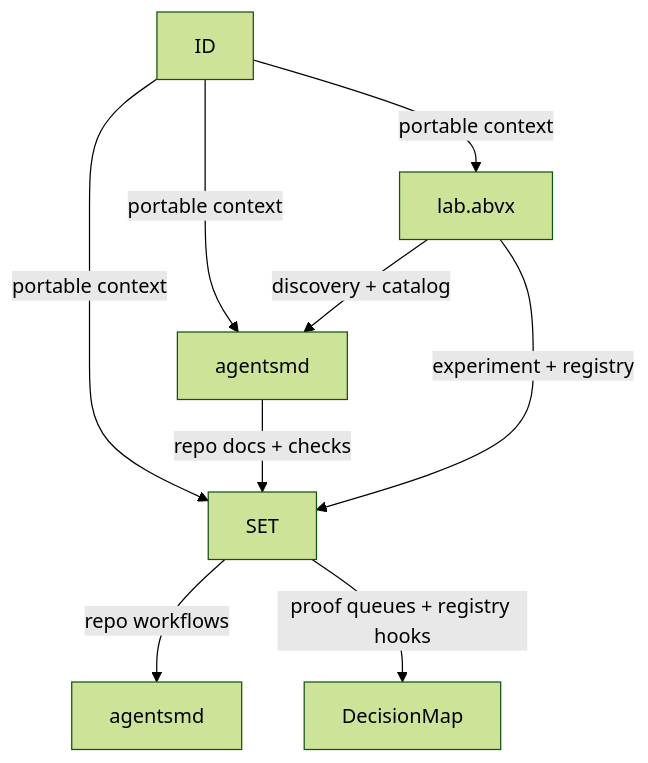
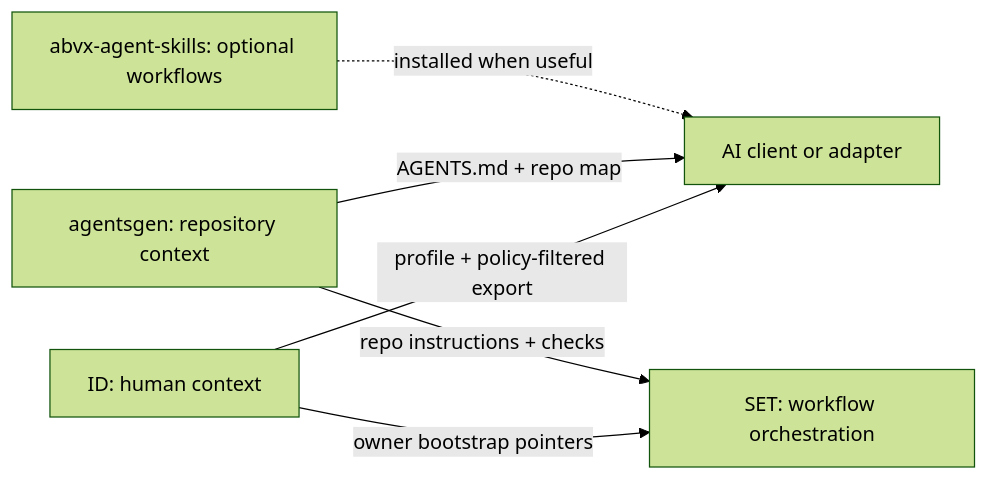
The diagram in docs/ECOSYSTEM.md (markoblogo/ID), drawn with Mermaid (forest theme) before and after one commit. The commit also changed other lines of this file and 42 other files, not shown here.

````diff
--- a/docs/ECOSYSTEM.md
+++ b/docs/ECOSYSTEM.md
@@ -3,17 +3,14 @@
 ```mermaid
-flowchart TD
-    ID[ID]
-    SET[SET]
-    agentsgen[agentsmd]
-    lab[lab.abvx]
-    decisionMap[DecisionMap]
+flowchart LR
+    ID[ID: human context]
+    agentsgen[agentsgen: repository context]
+    SET[SET: workflow orchestration]
+    skills[abvx-agent-skills: optional workflows]
+    client[AI client or adapter]
 
-    ID -->|portable context| agentsgen
-    ID -->|portable context| lab
-    ID -->|portable context| SET
-    SET -->|repo workflows| agentsmd
-    agentsgen -->|repo docs + checks| SET
-    lab -->|discovery + catalog| agentsgen
-    lab -->|experiment + registry| SET
-    SET -->|proof queues + registry hooks| decisionMap
+    ID -->|profile + policy-filtered export| client
+    agentsgen -->|AGENTS.md + repo map| client
+    ID -->|owner bootstrap pointers| SET
+    agentsgen -->|repo instructions + checks| SET
+    skills -.->|installed when useful| client
 ```
````
